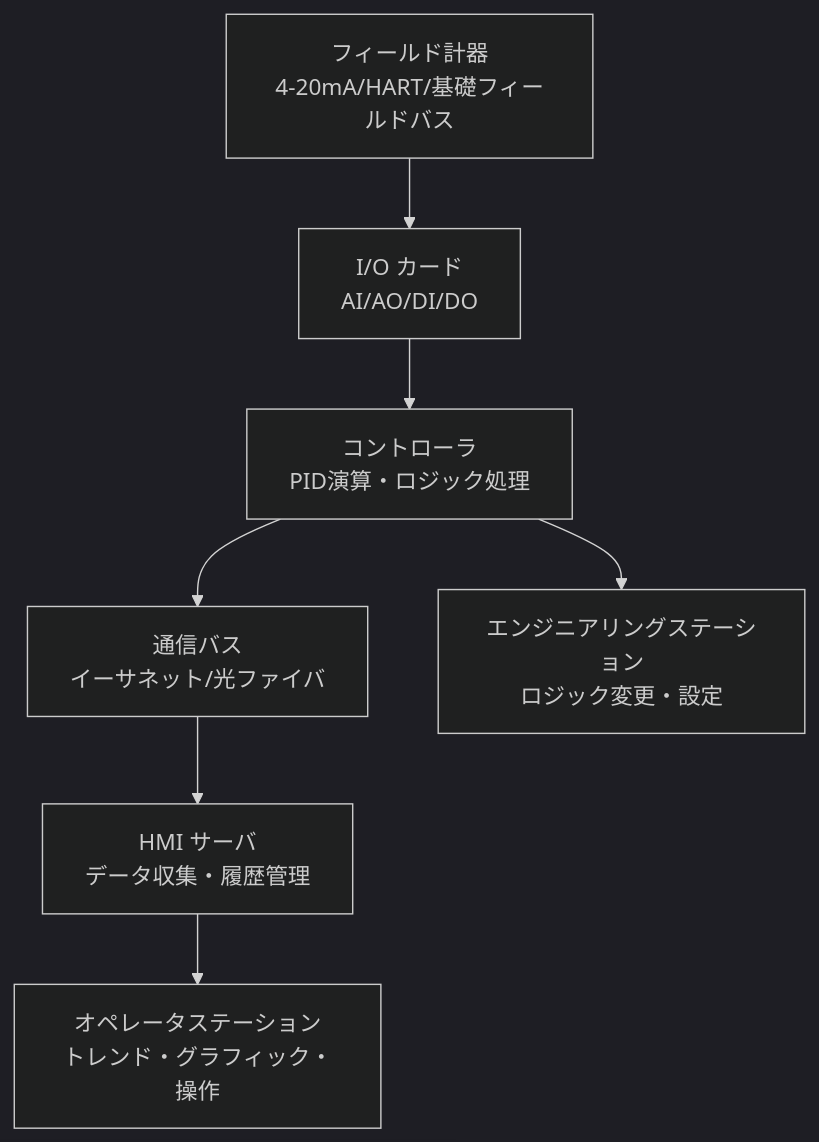
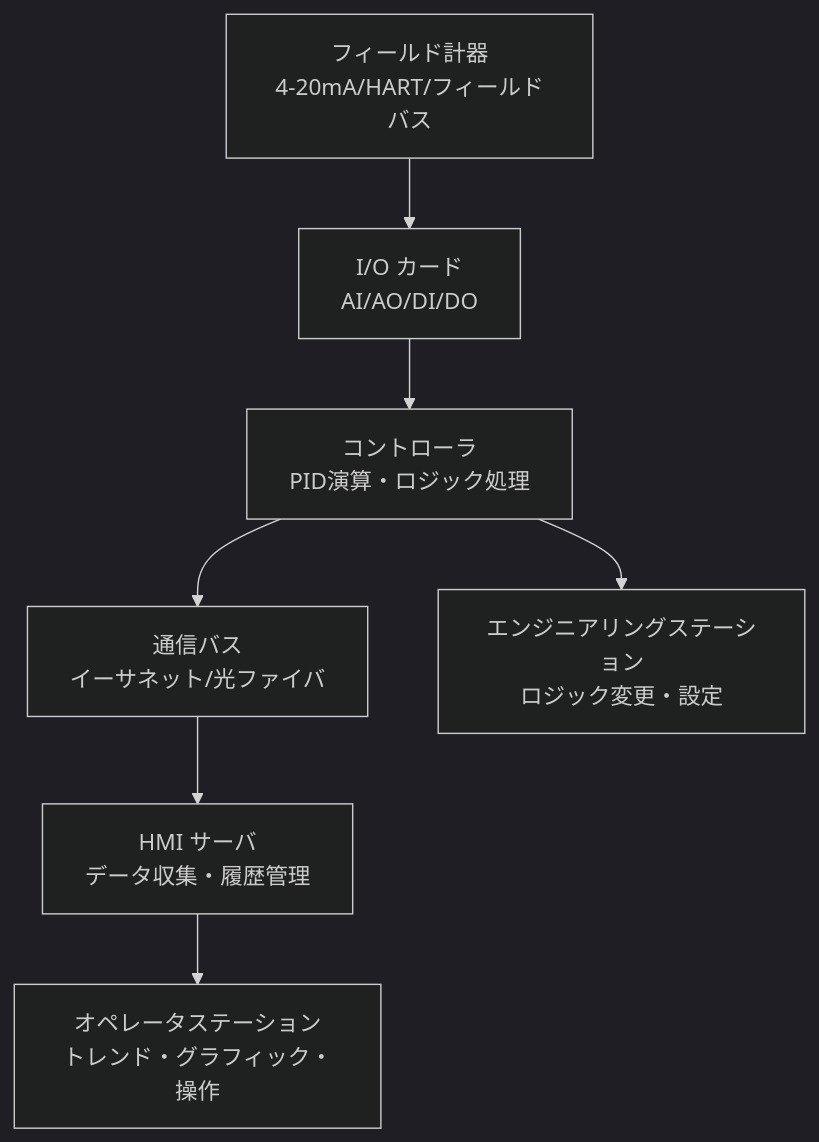
The diagram in docs/03-keiso/dcs.md (kfurufuru/ei-wiki), drawn with Mermaid (dark theme) before and after one commit. The commit also changed other lines of this file and 3 other files, not shown here.

````diff
--- a/docs/03-keiso/dcs.md
+++ b/docs/03-keiso/dcs.md
@@ -22,9 +22,9 @@
 ```mermaid
 flowchart TB
-    A[フィールド計器\n4-20mA/HART/基礎フィールドバス] --> B[I/O カード\nAI/AO/DI/DO]
+    A[フィールド計器\n4-20mA/HART/フィールドバス] --> B[I/O カード\nAI/AO/DI/DO]
     B --> C[コントローラ\nPID演算・ロジック処理]
     C --> D[通信バス\nイーサネット/光ファイバ]
     D --> E[HMI サーバ\nデータ収集・履歴管理]
     E --> F[オペレータステーション\nトレンド・グラフィック・操作]
     C --> G[エンジニアリングステーション\nロジック変更・設定]
 ```
````
